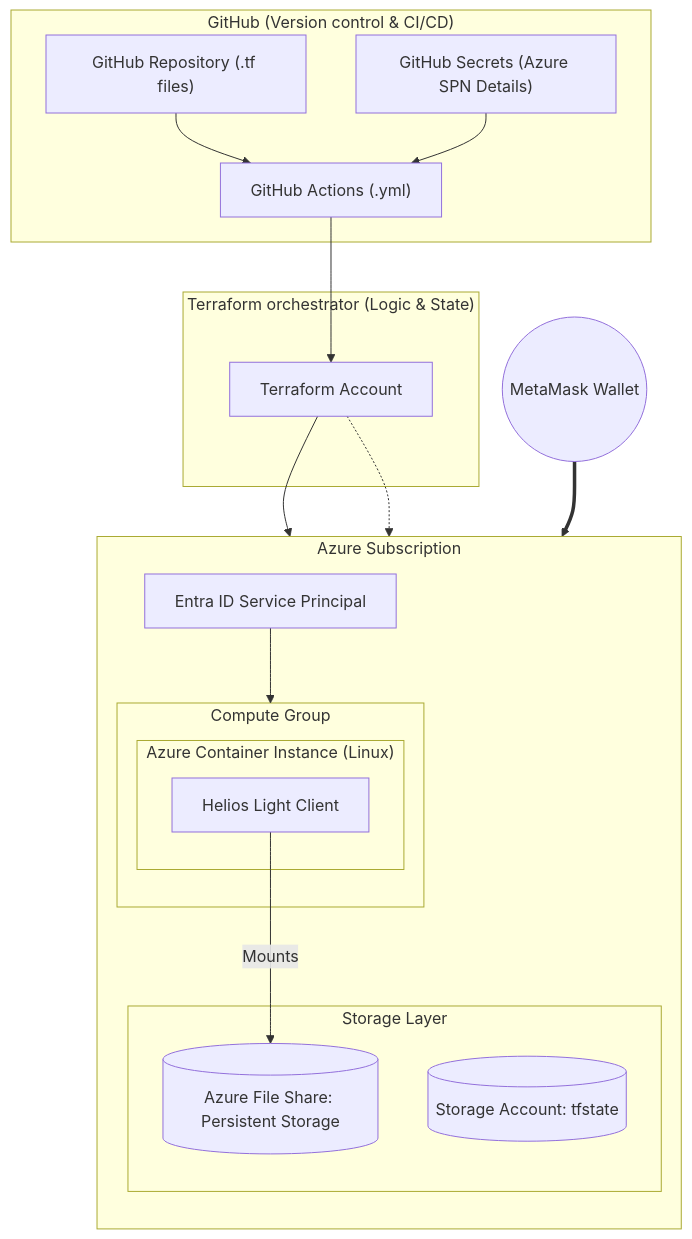
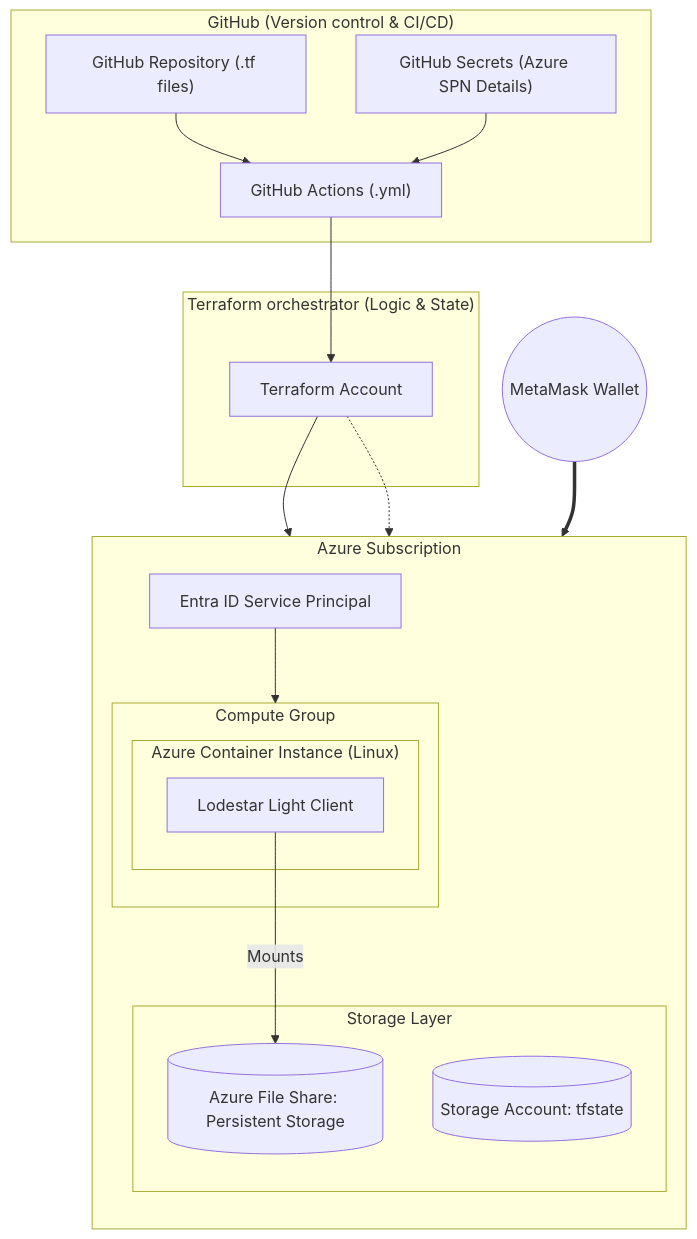
The third of 4 diagrams in HighLevelDesign.md (vfr750y/Cost-Optimized-Ethereum-Node-On-Azure), drawn with Mermaid before and after one commit. The commit also changed other lines of this file and 1 other file, not shown here.

````diff
--- a/HighLevelDesign.md
+++ b/HighLevelDesign.md
@@ -81,43 +81,43 @@
 ```mermaid
 graph TB
     subgraph GitHub ["GitHub (Version control & CI/CD)"]
         repo["GitHub Repository (.tf files)"]
         actions["GitHub Actions (.yml)"]
         secrets["GitHub Secrets (Azure SPN Details)"]
     end
 
     subgraph TF_Cloud ["Terraform orchestrator (Logic & State)"]
         TF["Terraform Account"]
     end
 
     subgraph Azure ["Azure Subscription"]
         direction TB
         SPN["Entra ID Service Principal"]
         
         subgraph Data_Storage ["Storage Layer"]
             State[("Storage Account: tfstate")]
             FS[("Azure File Share: Persistent Storage")]
         end
 
         subgraph Runtime ["Compute Group"]
             subgraph ACI_Instance ["Azure Container Instance (Linux)"]
-                Helios["Helios Light Client"]
+                Lodestar["Lodestar Light Client"]
             end
         end
     end
 
     User((MetaMask Wallet))
 
     %% CI/CD Flow
     repo & secrets --> actions
     actions --> TF
 
     %% Infrastructure Flow
     TF --> SPN
     SPN --> Runtime
     TF -.-> State
 
     %% Execution & Persistence
-    Helios -- "Mounts" --> FS
-    User ==> Helios
+    Lodestar -- "Mounts" --> FS
+    User ==> Lodestar
 ```
````
